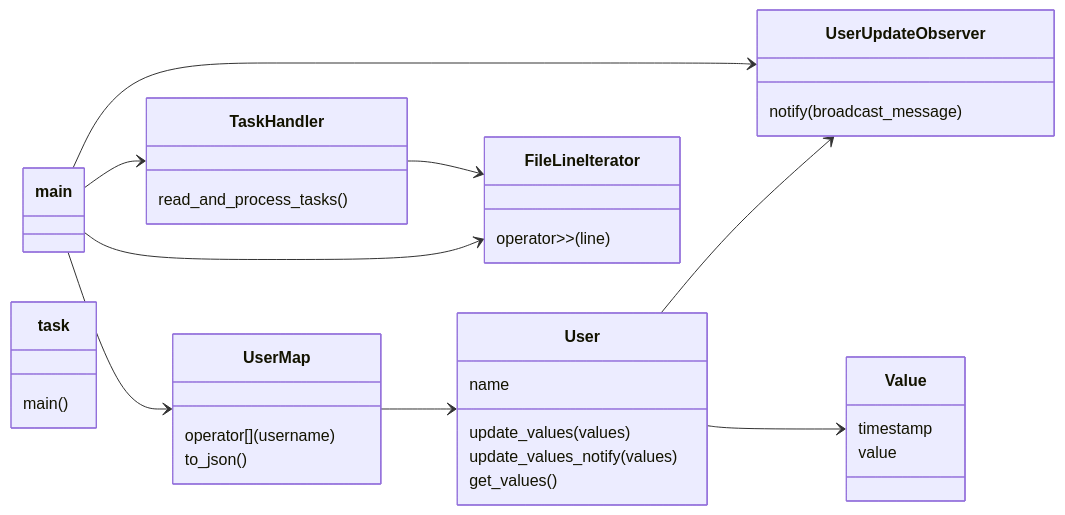
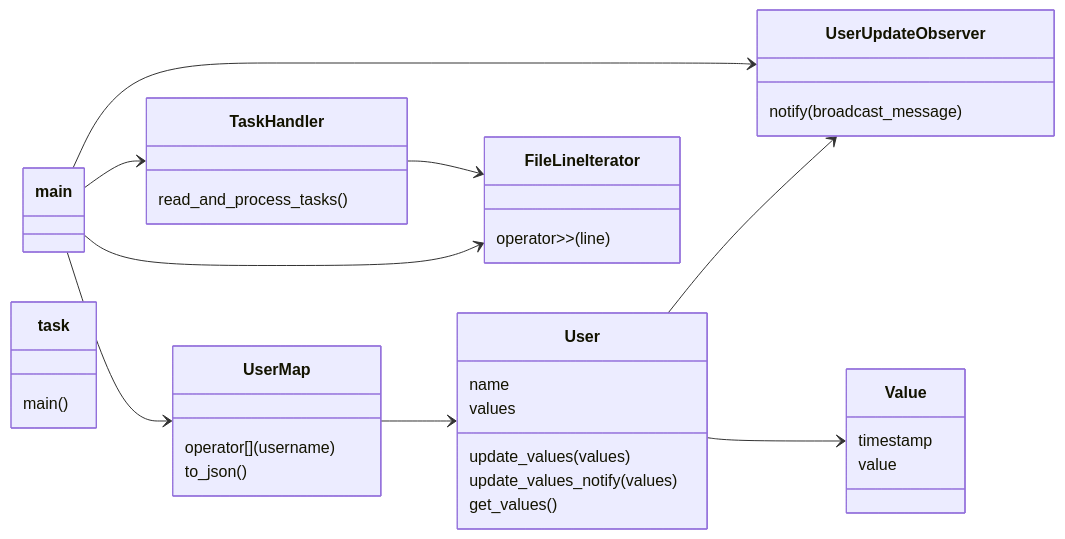
One commit to CowKeyMan/Supercell-2023-SWE-Intern-Exercise changed the diagram in documentation/Documents/ProjectDocumentation/graphs/ClassDiagram.mmd. Above: the diagram before and after it, drawn with Mermaid. The commit also changed 3 other files, not shown here.

```diff
--- a/documentation/Documents/ProjectDocumentation/graphs/ClassDiagram.mmd
+++ b/documentation/Documents/ProjectDocumentation/graphs/ClassDiagram.mmd
@@ -1,36 +1,37 @@
 classDiagram
   direction LR
   main --> UserMap
   UserMap --> User
   User --> UserUpdateObserver
   User --> Value
   main --> FileLineIterator
   main --> TaskHandler
   main --> UserUpdateObserver
   TaskHandler --> FileLineIterator
   class task {
     main()
   }
   class UserMap {
     operator[](username)
     to_json()
   }
   class User {
     name
+    values
     update_values(values)
     update_values_notify(values)
     get_values()
   }
   class Value {
     timestamp
     value
   }
   class UserUpdateObserver {
     notify(broadcast_message)
   }
   class TaskHandler {
     read_and_process_tasks()
   }
   class FileLineIterator {
     operator>>(line)
   }
```
